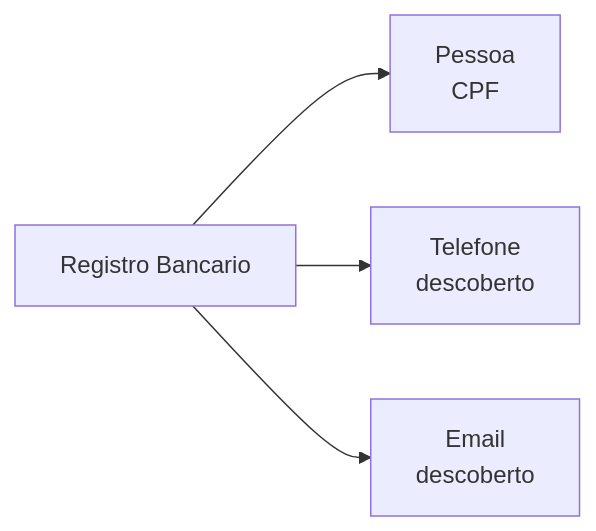
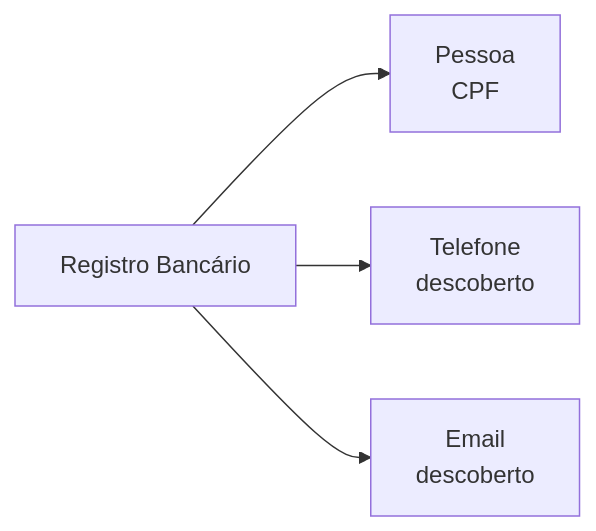
The diagram in entidades/registro-bancario.mdx (Sherlocker-LTDA/docs), drawn with Mermaid before and after one commit. The commit also changed other lines of this file and 34 other files, not shown here.

````diff
--- a/entidades/registro-bancario.mdx
+++ b/entidades/registro-bancario.mdx
@@ -39,6 +39,6 @@
 ```mermaid
 graph LR
-  RB[Registro Bancario] --> P[Pessoa<br/>CPF]
+  RB[Registro Bancário] --> P[Pessoa<br/>CPF]
   RB --> T[Telefone<br/>descoberto]
   RB --> E[Email<br/>descoberto]
 ```
````
